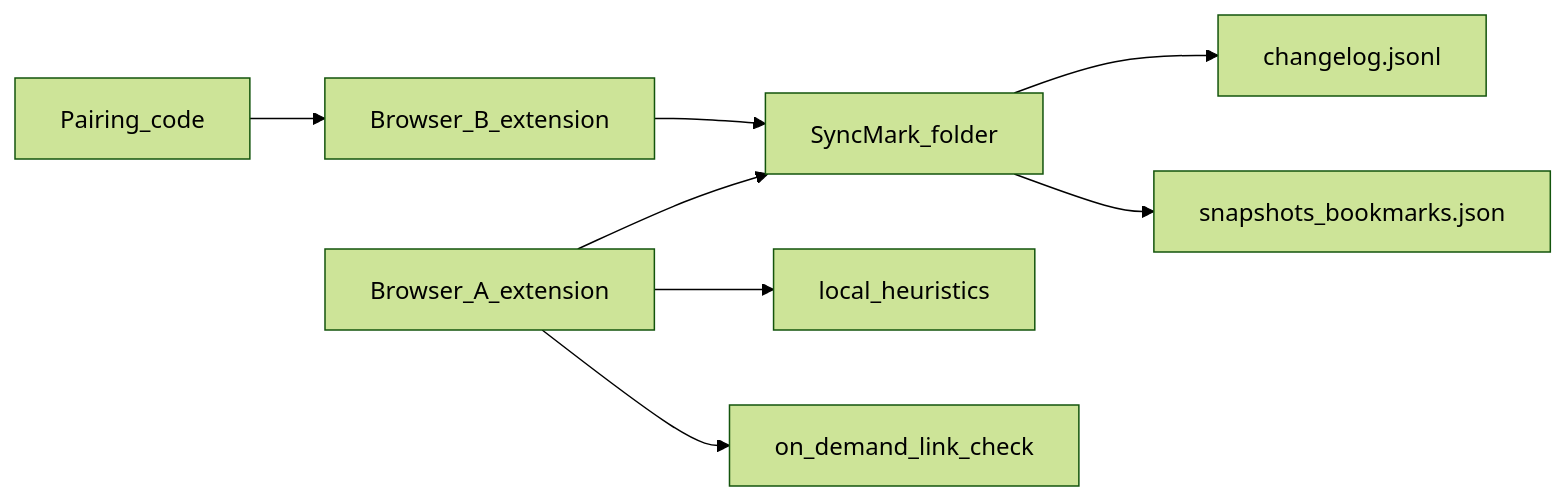
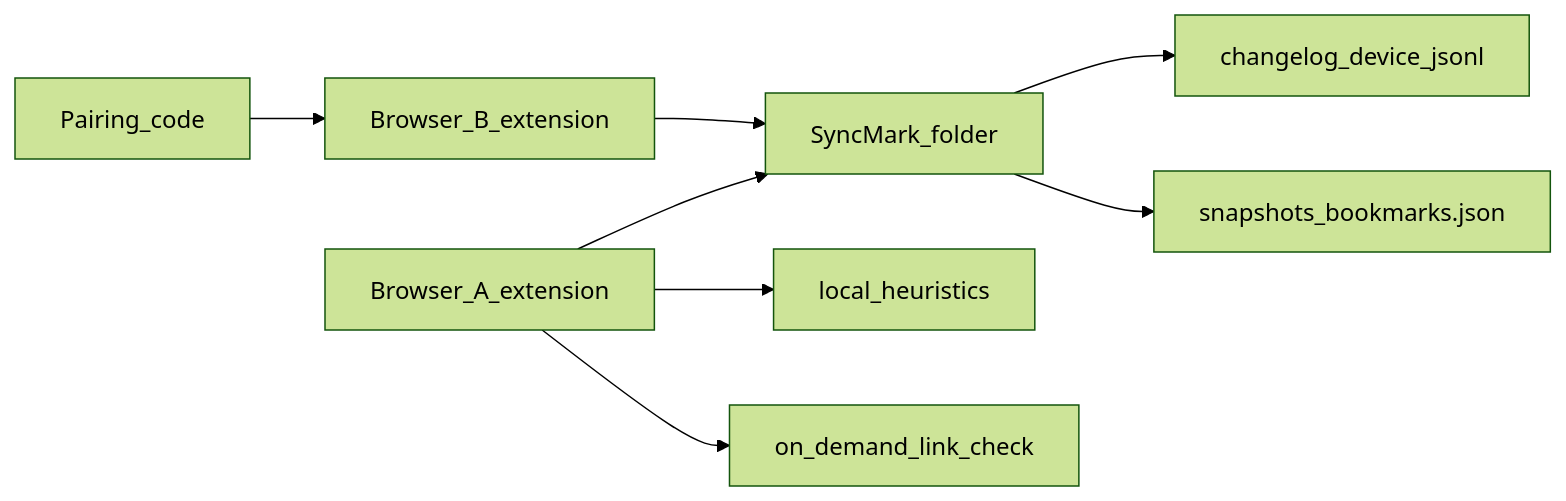
Before and after one commit to edwardlthompson/SyncMark: the diagram in docs/spec.md, drawn with Mermaid (forest theme). The commit also changed other lines of this file and 103 other files, not shown here.

````diff
--- a/docs/spec.md
+++ b/docs/spec.md
@@ -74,10 +78,11 @@
 ```mermaid
 flowchart LR
   ExtA[Browser_A_extension] --> Folder[SyncMark_folder]
   ExtB[Browser_B_extension] --> Folder
   Pair[Pairing_code] --> ExtB
-  Folder --> Log[changelog.jsonl]
+  Folder --> Log[changelog_device_jsonl]
   Folder --> Snap[snapshots_bookmarks.json]
   ExtA --> Suggest[local_heuristics]
   ExtA --> Dead[on_demand_link_check]
+
 ```
````
